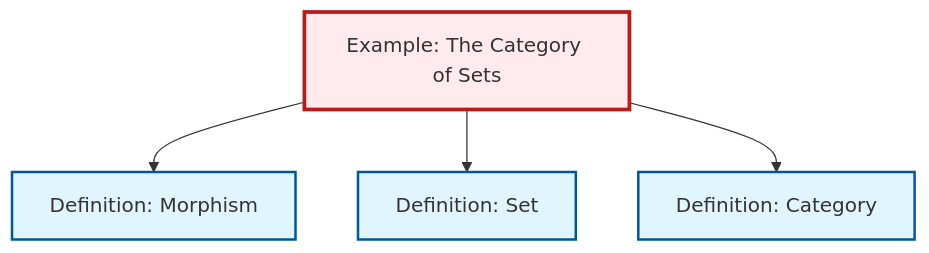
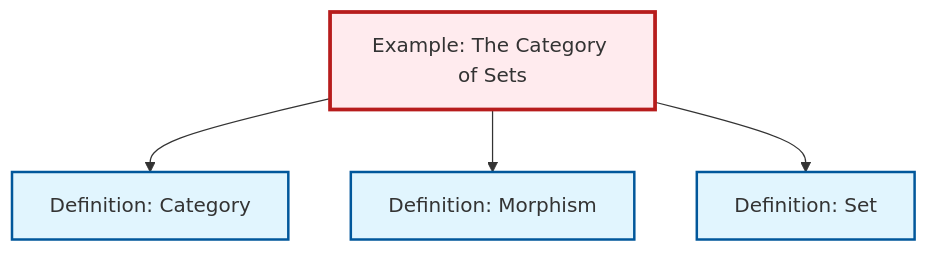
Before and after one commit to RK0429/ModernMath: the diagram in content/en/category-theory/ex-set-category.qmd, drawn with Mermaid. The commit also changed other lines of this file and 554 other files, not shown here.

````diff
--- a/content/en/category-theory/ex-set-category.qmd
+++ b/content/en/category-theory/ex-set-category.qmd
@@ -68,20 +68,20 @@
 ```{mermaid}
 %%| fig-cap: "Local dependency graph"
 graph TD
     classDef definition fill:#e1f5fe,stroke:#01579b,stroke-width:2px
     classDef theorem fill:#f3e5f5,stroke:#4a148c,stroke-width:2px
     classDef axiom fill:#fff3e0,stroke:#e65100,stroke-width:2px
     classDef example fill:#e8f5e9,stroke:#1b5e20,stroke-width:2px
     classDef current fill:#ffebee,stroke:#b71c1c,stroke-width:3px
-    def-morphism["Definition: Morphism"]:::definition
     def-set["Definition: Set"]:::definition
     ex-set-category["Example: The Category of Sets"]:::example
+    def-morphism["Definition: Morphism"]:::definition
     def-category["Definition: Category"]:::definition
+    ex-set-category --> def-category
     ex-set-category --> def-morphism
     ex-set-category --> def-set
-    ex-set-category --> def-category
     class ex-set-category current
+    click def-set "def-set.html" "Go to Set definition"
     click def-morphism "def-morphism.html" "Go to Morphism definition"
-    click def-set "def-set.html" "Go to Set definition"
     click def-category "def-category.html" "Go to Category definition"
 ```
````
